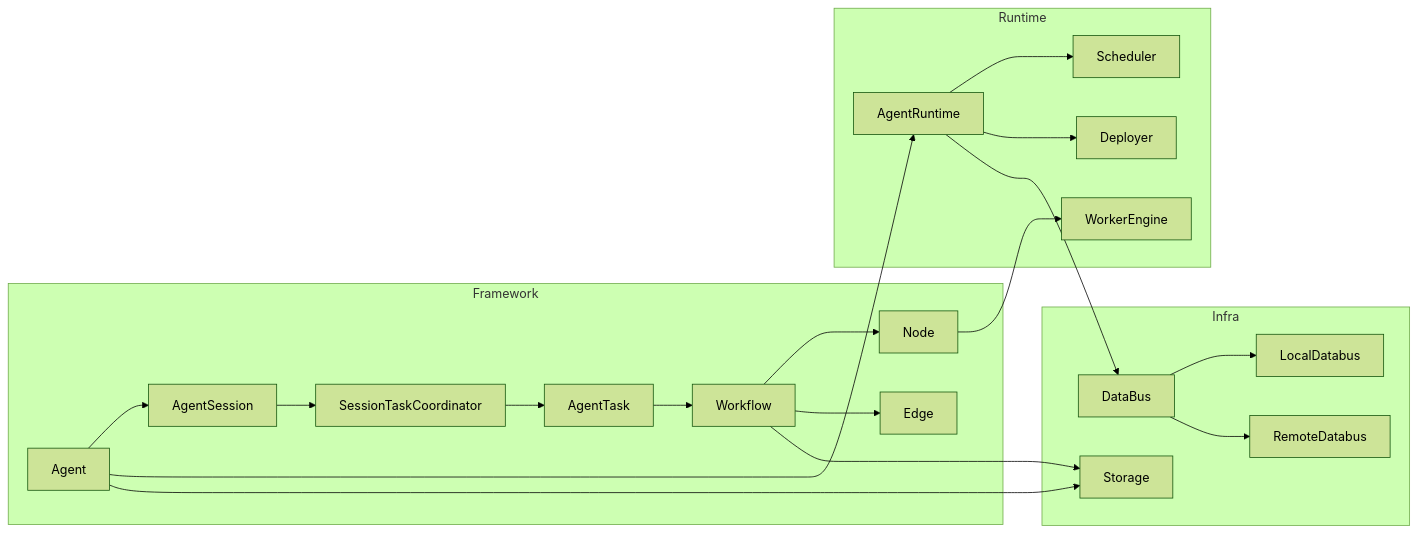
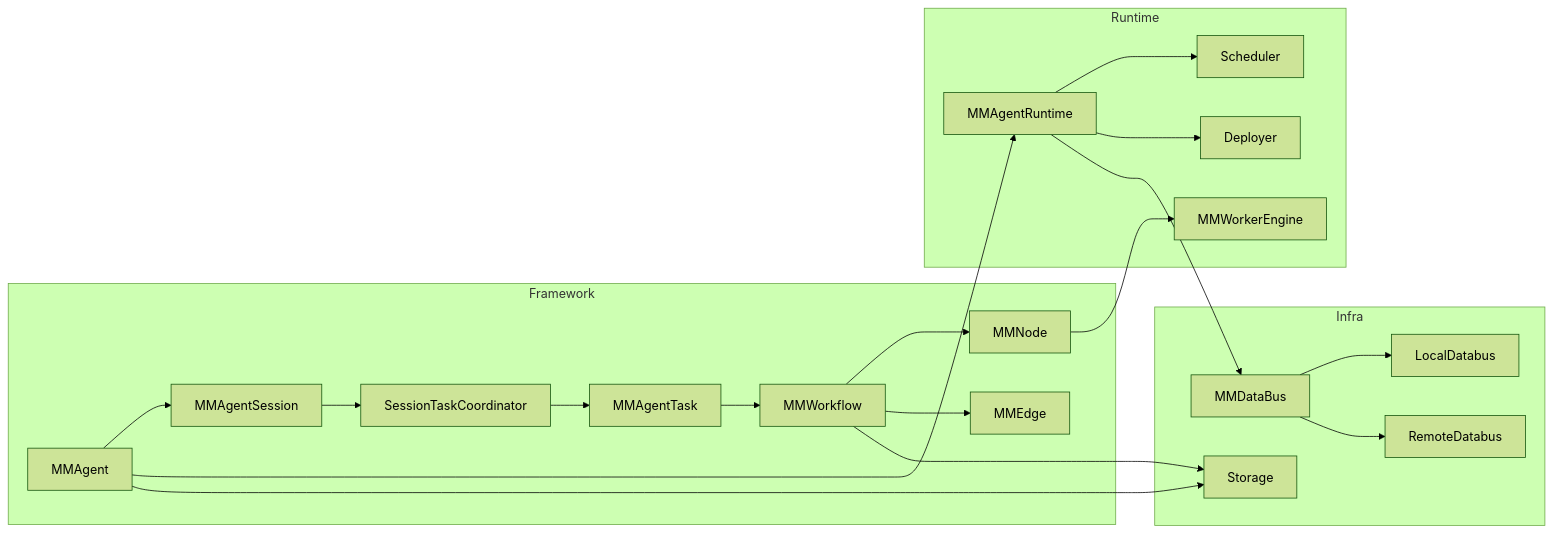
The fourth of 14 diagrams in docs/ARCHITECTURE.md (xyz11274/agentf), drawn with Mermaid (forest theme) before and after one commit. The commit also changed other lines of this file and 106 other files, not shown here.

````diff
--- a/docs/ARCHITECTURE.md
+++ b/docs/ARCHITECTURE.md
@@ -160,42 +160,42 @@
 ```mermaid
 graph LR
     subgraph Framework
-      AG[Agent]
-      SES[AgentSession]
+      AG[MMAgent]
+      SES[MMAgentSession]
       CO[SessionTaskCoordinator]
-      TK[AgentTask]
-      WF[Workflow]
-      ND[Node]
-      ED[Edge]
+      TK[MMAgentTask]
+      WF[MMWorkflow]
+      ND[MMNode]
+      ED[MMEdge]
     end
 
     subgraph Runtime
-      RT[AgentRuntime]
+      RT[MMAgentRuntime]
       SC[Scheduler]
       DP[Deployer]
-      WK[WorkerEngine]
+      WK[MMWorkerEngine]
     end
 
     subgraph Infra
-      DB[DataBus]
+      DB[MMDataBus]
       LDB[LocalDatabus]
       RDB[RemoteDatabus]
       ST[Storage]
     end
 
     AG --> SES
     SES --> CO
     CO --> TK
     TK --> WF
     WF --> ND
     WF --> ED
     AG --> RT
     RT --> SC
     RT --> DP
     ND --> WK
     RT --> DB
     DB --> LDB
     DB --> RDB
     AG --> ST
     WF --> ST
 ```
````
